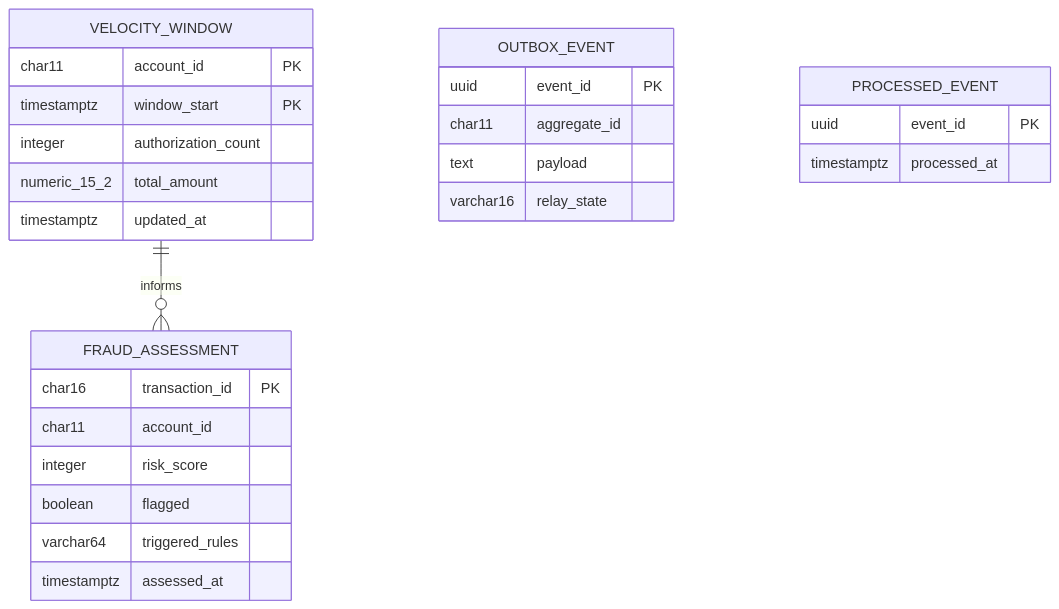
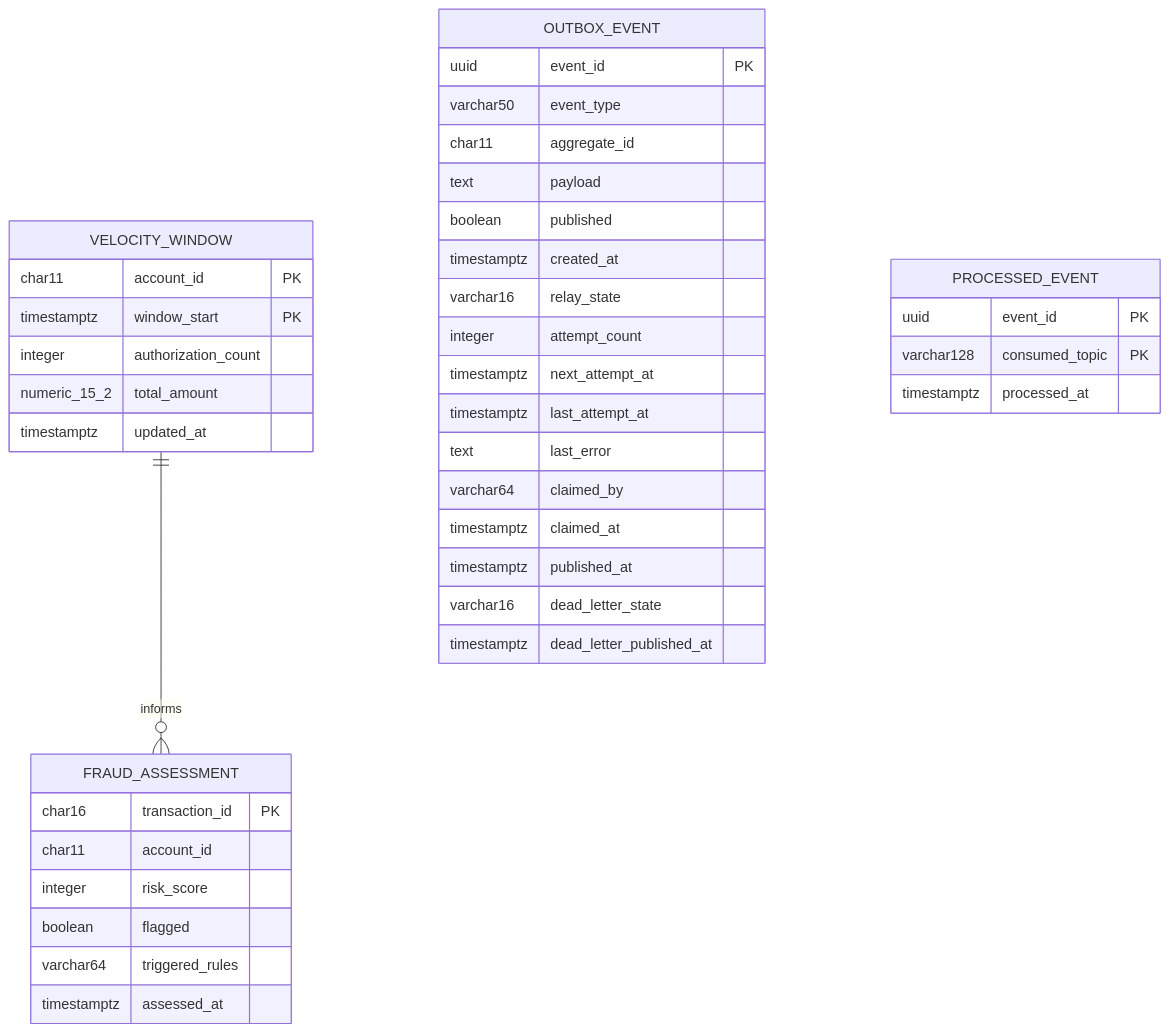
One commit to blitzy-public-samples/aws-carddemo-blitzy changed the third of 6 diagrams in card-platform/docs/data-model.md. Above: the diagram before and after it, drawn with Mermaid. The commit also changed other lines of this file and 540 other files, not shown here.

````diff
--- a/card-platform/docs/data-model.md
+++ b/card-platform/docs/data-model.md
@@ -243,30 +312,43 @@
 ```mermaid
 erDiagram
     FRAUD_ASSESSMENT {
         char16 transaction_id PK
         char11 account_id
         integer risk_score
         boolean flagged
         varchar64 triggered_rules
         timestamptz assessed_at
     }
     VELOCITY_WINDOW {
         char11 account_id PK
         timestamptz window_start PK
         integer authorization_count
         numeric_15_2 total_amount
         timestamptz updated_at
     }
     OUTBOX_EVENT {
         uuid event_id PK
+        varchar50 event_type
         char11 aggregate_id
         text payload
+        boolean published
+        timestamptz created_at
         varchar16 relay_state
+        integer attempt_count
+        timestamptz next_attempt_at
+        timestamptz last_attempt_at
+        text last_error
+        varchar64 claimed_by
+        timestamptz claimed_at
+        timestamptz published_at
+        varchar16 dead_letter_state
+        timestamptz dead_letter_published_at
     }
     PROCESSED_EVENT {
         uuid event_id PK
+        varchar128 consumed_topic PK
         timestamptz processed_at
     }
 
     VELOCITY_WINDOW ||--o{ FRAUD_ASSESSMENT : informs
 ```
````
